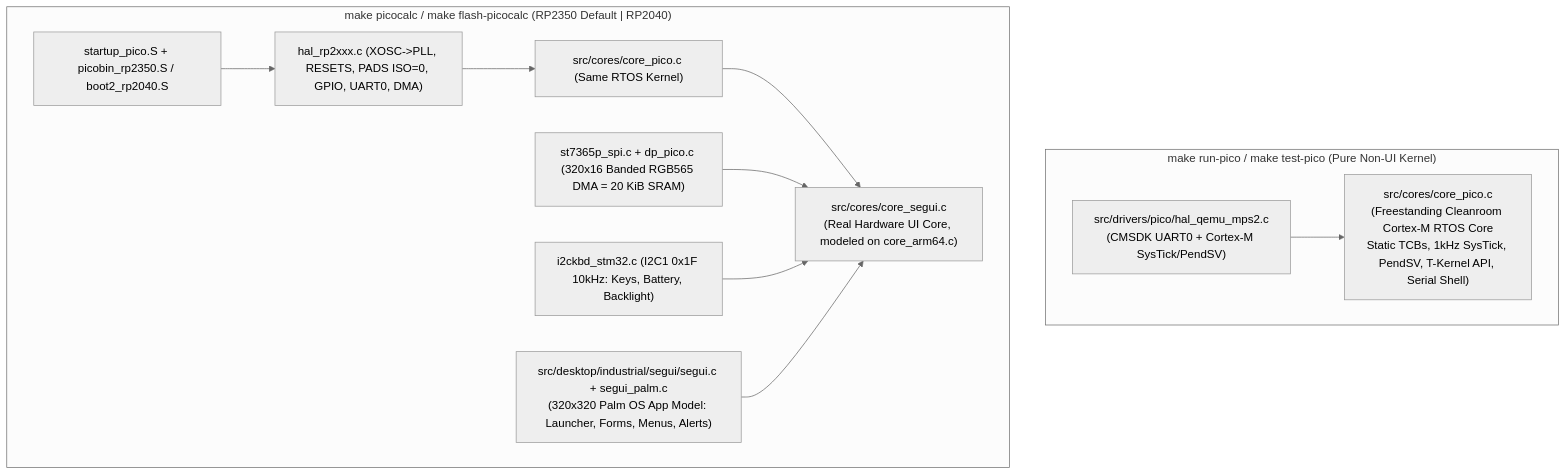
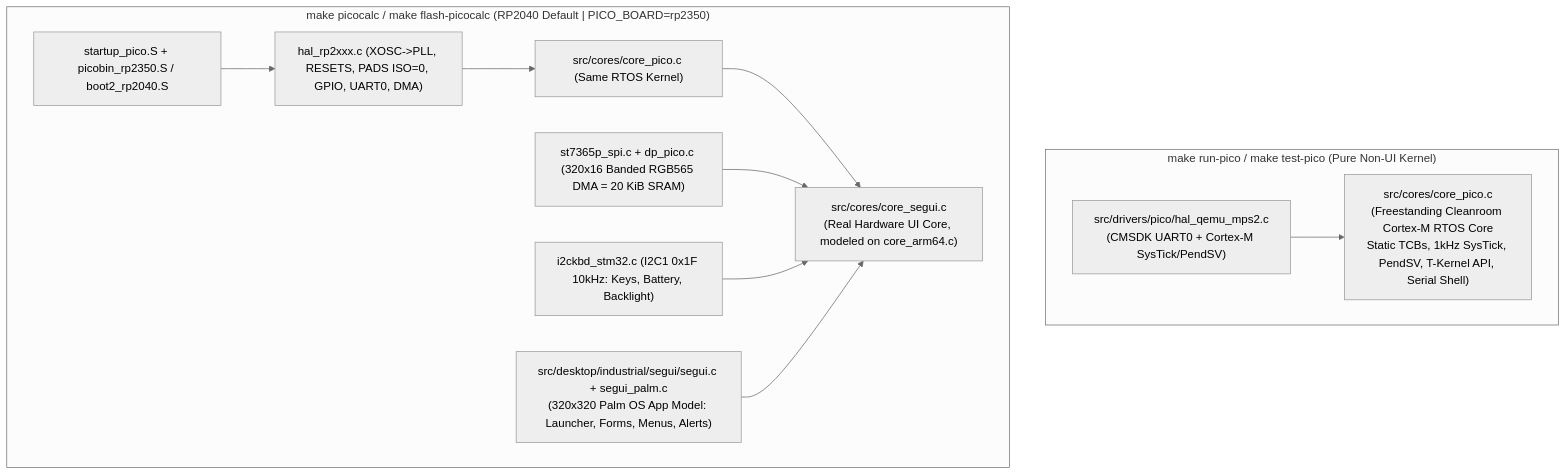
One commit to msx-btron/btron changed the diagram in doc/md/SEGUI.md. Above: the diagram before and after it, drawn with Mermaid (neutral theme). The commit also changed other lines of this file and 39 other files, not shown here.

````diff
--- a/doc/md/SEGUI.md
+++ b/doc/md/SEGUI.md
@@ -62,22 +62,22 @@
 ```mermaid
 flowchart TD
     subgraph QEMU["make run-pico / make test-pico (Pure Non-UI Kernel)"]
         Q_HAL["src/drivers/pico/hal_qemu_mps2.c\n(CMSDK UART0 + Cortex-M SysTick/PendSV)"]
         CORE_PICO["src/cores/core_pico.c\n(Freestanding Cleanroom Cortex-M RTOS Core\nStatic TCBs, 1kHz SysTick, PendSV, T-Kernel API, Serial Shell)"]
         Q_HAL --> CORE_PICO
     end
 
-    subgraph HW["make picocalc / make flash-picocalc (RP2350 Default | RP2040)"]
+    subgraph HW["make picocalc / make flash-picocalc (RP2040 Default | PICO_BOARD=rp2350)"]
         HW_BOOT["startup_pico.S + picobin_rp2350.S / boot2_rp2040.S"]
         HW_HAL["hal_rp2xxx.c (XOSC->PLL, RESETS, PADS ISO=0, GPIO, UART0, DMA)"]
         LCD["st7365p_spi.c + dp_pico.c (320x16 Banded RGB565 DMA = 20 KiB SRAM)"]
         KBD["i2ckbd_stm32.c (I2C1 0x1F 10kHz: Keys, Battery, Backlight)"]
         CORE_PICO_HW["src/cores/core_pico.c (Same RTOS Kernel)"]
         PALM["src/desktop/industrial/segui/segui.c + segui_palm.c\n(320x320 Palm OS App Model: Launcher, Forms, Menus, Alerts)"]
         CORE_SEGUI["src/cores/core_segui.c\n(Real Hardware UI Core, modeled on core_arm64.c)"]
         HW_BOOT --> HW_HAL --> CORE_PICO_HW --> CORE_SEGUI
         LCD --> CORE_SEGUI
         KBD --> CORE_SEGUI
         PALM --> CORE_SEGUI
     end
 ```
````
